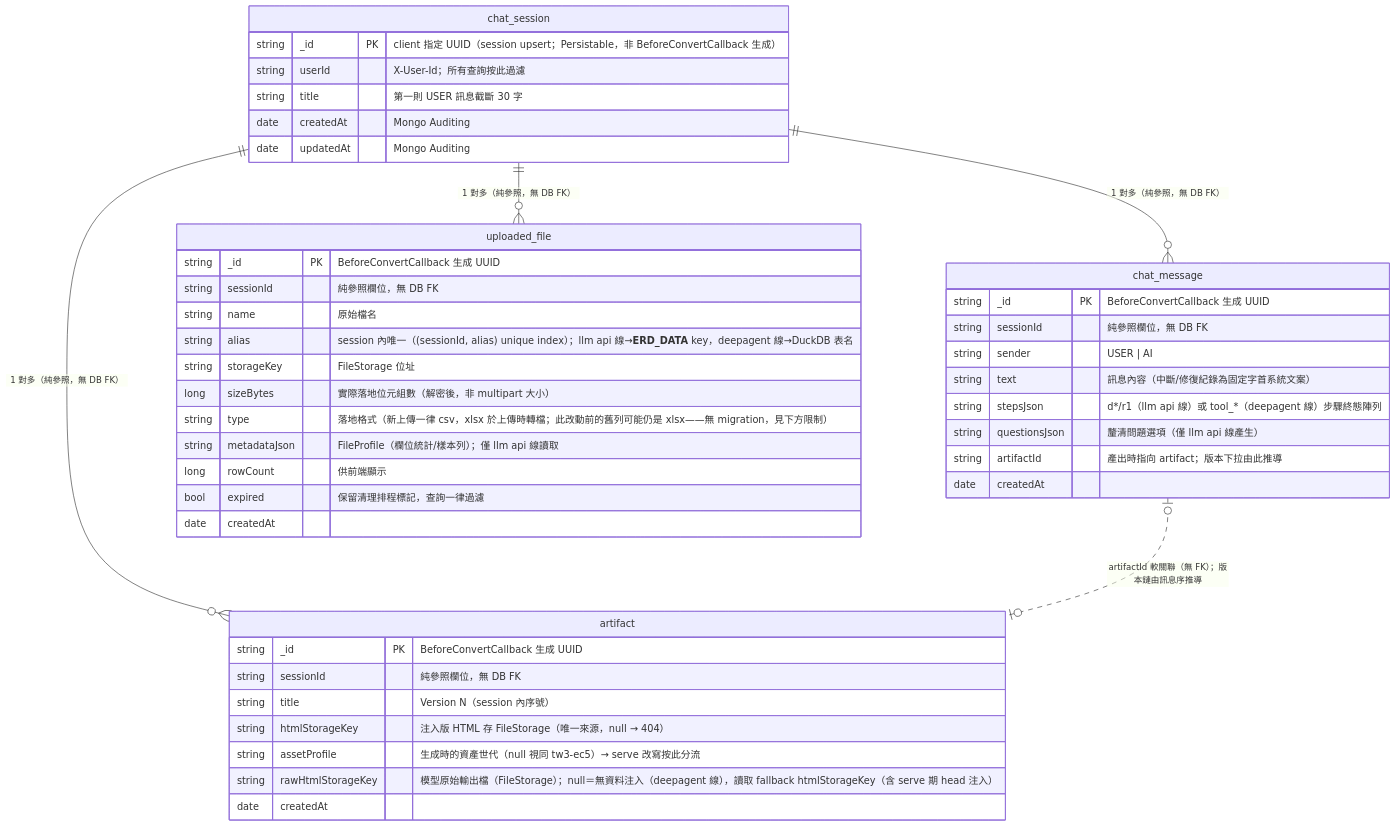
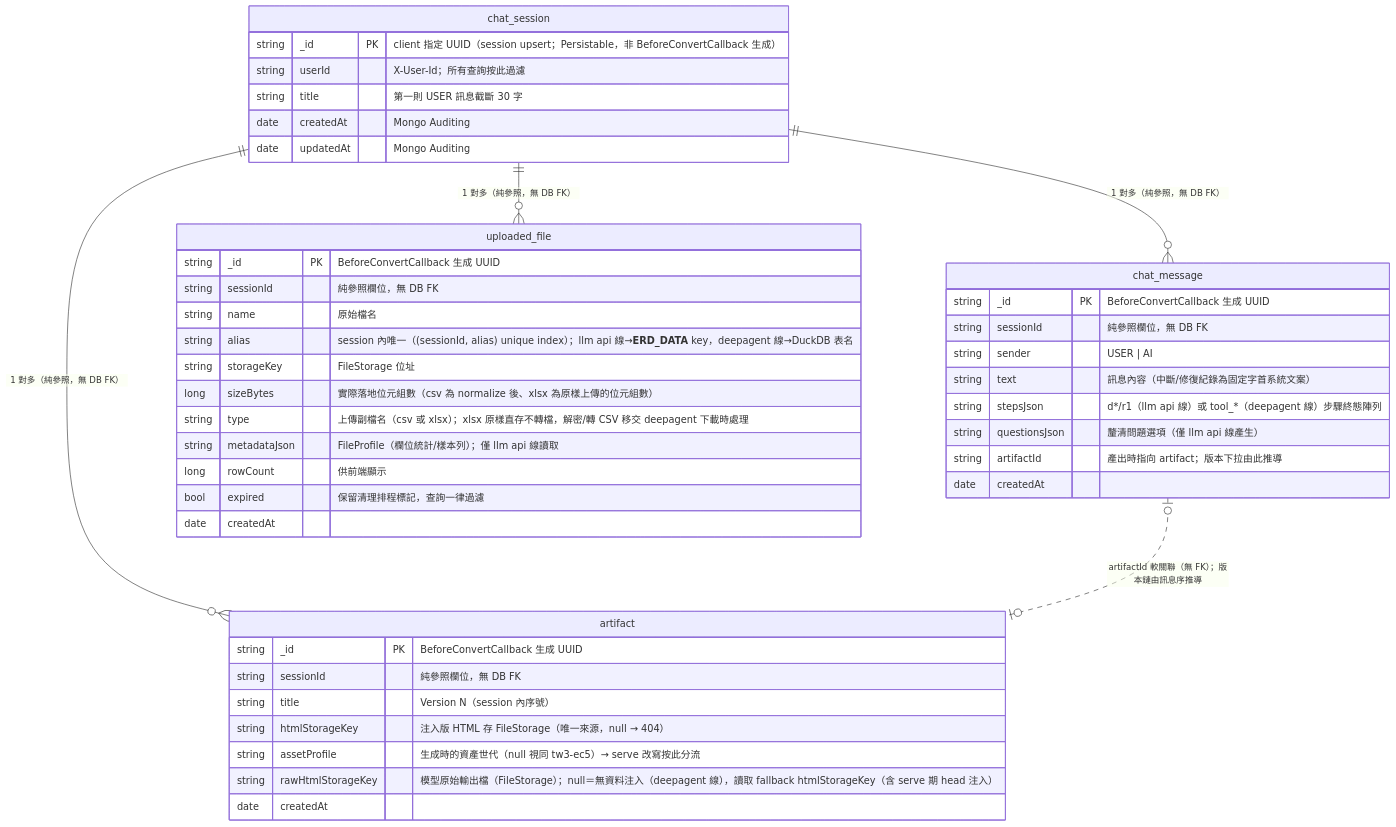
The fourth of 4 diagrams in docs/architecture.md (Michelle12369/cowork), drawn with Mermaid before and after one commit. The commit also changed other lines of this file and 16 other files, not shown here.

First line of the commit message:
feat(backend): xlsx 原樣直存——UploadDecryptor 體系移除,解密轉檔移交 deepagent

````diff
--- a/docs/architecture.md
+++ b/docs/architecture.md
@@ -459,47 +433,47 @@
 ```mermaid
 erDiagram
     chat_session ||--o{ chat_message : "1 對多（純參照，無 DB FK）"
     chat_session ||--o{ uploaded_file : "1 對多（純參照，無 DB FK）"
     chat_session ||--o{ artifact : "1 對多（純參照，無 DB FK）"
     chat_message |o..o| artifact : "artifactId 軟關聯（無 FK）；版本鏈由訊息序推導"
 
     chat_session {
         string _id PK "client 指定 UUID（session upsert；Persistable，非 BeforeConvertCallback 生成）"
         string userId "X-User-Id；所有查詢按此過濾"
         string title "第一則 USER 訊息截斷 30 字"
         date createdAt "Mongo Auditing"
         date updatedAt "Mongo Auditing"
     }
     chat_message {
         string _id PK "BeforeConvertCallback 生成 UUID"
         string sessionId "純參照欄位，無 DB FK"
         string sender "USER | AI"
         string text "訊息內容（中斷/修復紀錄為固定字首系統文案）"
         string stepsJson "d*/r1（llm api 線）或 tool_*（deepagent 線）步驟終態陣列"
         string questionsJson "釐清問題選項（僅 llm api 線產生）"
         string artifactId "產出時指向 artifact；版本下拉由此推導"
         date createdAt
     }
     uploaded_file {
         string _id PK "BeforeConvertCallback 生成 UUID"
         string sessionId "純參照欄位，無 DB FK"
         string name "原始檔名"
         string alias "session 內唯一（(sessionId, alias) unique index）；llm api 線→__ERD_DATA__ key，deepagent 線→DuckDB 表名"
         string storageKey "FileStorage 位址"
-        long sizeBytes "實際落地位元組數（解密後，非 multipart 大小）"
-        string type "落地格式（新上傳一律 csv，xlsx 於上傳時轉檔；此改動前的舊列可能仍是 xlsx——無 migration，見下方限制）"
+        long sizeBytes "實際落地位元組數（csv 為 normalize 後、xlsx 為原樣上傳的位元組數）"
+        string type "上傳副檔名（csv 或 xlsx）；xlsx 原樣直存不轉檔，解密/轉 CSV 移交 deepagent 下載時處理"
         string metadataJson "FileProfile（欄位統計/樣本列）；僅 llm api 線讀取"
         long rowCount "供前端顯示"
         bool expired "保留清理排程標記，查詢一律過濾"
         date createdAt
     }
     artifact {
         string _id PK "BeforeConvertCallback 生成 UUID"
         string sessionId "純參照欄位，無 DB FK"
         string title "Version N（session 內序號）"
         string htmlStorageKey "注入版 HTML 存 FileStorage（唯一來源，null → 404）"
         string assetProfile "生成時的資產世代（null 視同 tw3-ec5）→ serve 改寫按此分流"
         string rawHtmlStorageKey "模型原始輸出檔（FileStorage）；null＝無資料注入（deepagent 線），讀取 fallback htmlStorageKey（含 serve 期 head 注入）"
         date createdAt
     }
 ```
````
